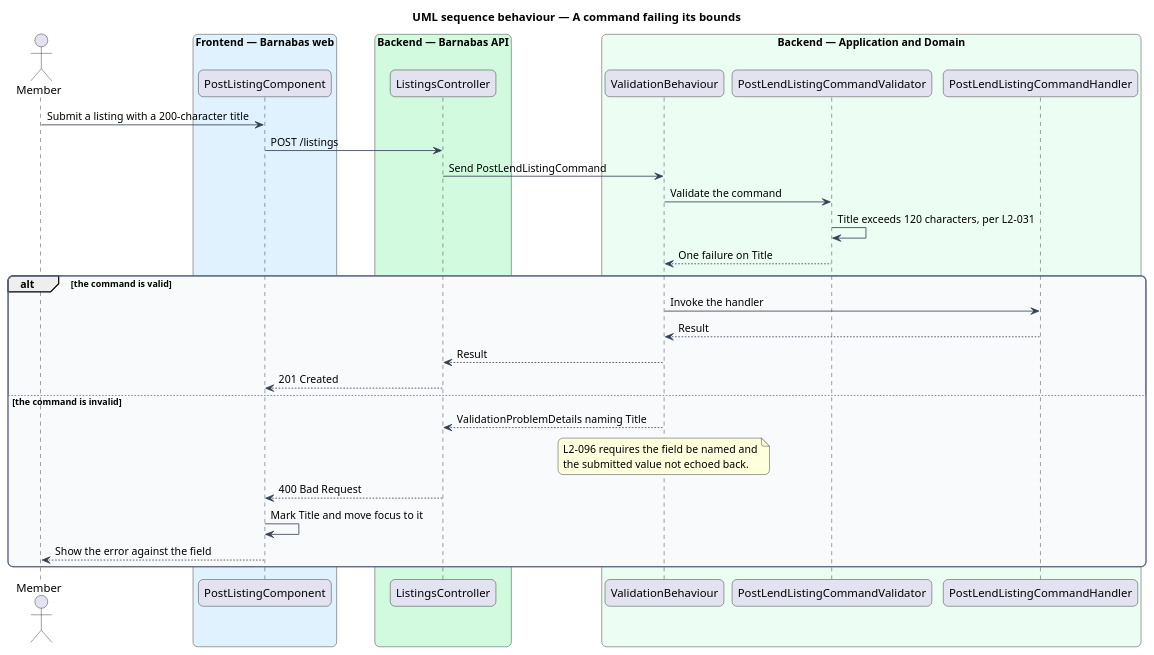
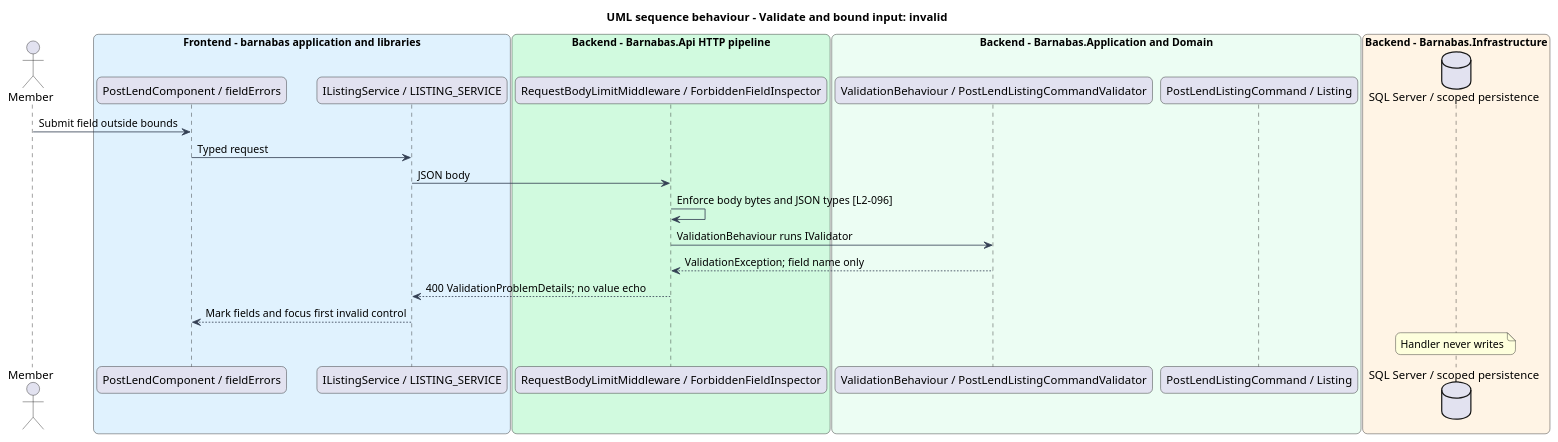
Before and after one commit to QuinntyneBrown/Barnabas: the diagram in docs/detailed-designs/platform/validate-and-bound-input/diagrams/sequence-invalid.puml, drawn with PlantUML. The commit also changed 511 other files, not shown here.

```diff
--- a/docs/detailed-designs/platform/validate-and-bound-input/diagrams/sequence-invalid.puml
+++ b/docs/detailed-designs/platform/validate-and-bound-input/diagrams/sequence-invalid.puml
@@ -1,48 +1,41 @@
 @startuml
-title UML sequence behaviour — A command failing its bounds
+title UML sequence behaviour - Validate and bound input: invalid
 skinparam backgroundColor #FFFFFF
 skinparam shadowing false
 skinparam roundcorner 12
 skinparam defaultFontName Arial
 skinparam ArrowColor #344054
 skinparam rectangle {
   BorderColor #344054
   FontColor #101828
 }
 skinparam package {
   BorderColor #667085
   FontColor #101828
   BackgroundColor #F9FAFB
 }
 actor "Member" as actor
-box "Frontend — Barnabas web" #E0F2FE
-  participant "PostListingComponent" as page
+box "Frontend - barnabas application and libraries" #E0F2FE
+  participant "PostLendComponent / fieldErrors" as page
+  participant "IListingService / LISTING_SERVICE" as client
 end box
-box "Backend — Barnabas API" #D1FADF
-  participant "ListingsController" as controller
+box "Backend - Barnabas.Api HTTP pipeline" #D1FADF
+  participant "RequestBodyLimitMiddleware / ForbiddenFieldInspector" as api
 end box
-box "Backend — Application and Domain" #ECFDF3
-  participant "ValidationBehaviour" as behaviour
-  participant "PostLendListingCommandValidator" as validator
-  participant "PostLendListingCommandHandler" as handler
+box "Backend - Barnabas.Application and Domain" #ECFDF3
+  participant "ValidationBehaviour / PostLendListingCommandValidator" as handler
+  participant "PostLendListingCommand / Listing" as entity
 end box
-
-actor -> page : Submit a listing with a 200-character title
-page -> controller : POST /listings
-controller -> behaviour : Send PostLendListingCommand
-behaviour -> validator : Validate the command
-validator -> validator : Title exceeds 120 characters, per L2-031
-validator --> behaviour : One failure on Title
-alt the command is valid
-  behaviour -> handler : Invoke the handler
-  handler --> behaviour : Result
-  behaviour --> controller : Result
-  controller --> page : 201 Created
-else the command is invalid
-  behaviour --> controller : ValidationProblemDetails naming Title
-  note over behaviour : L2-096 requires the field be named and\nthe submitted value not echoed back.
-  controller --> page : 400 Bad Request
-  page -> page : Mark Title and move focus to it
-  page --> actor : Show the error against the field
-end
+box "Backend - Barnabas.Infrastructure" #FFF4E5
+  database "SQL Server / scoped persistence" as db
+end box
+actor -> page : Submit field outside bounds
+page -> client : Typed request
+client -> api : JSON body
+api -> api : Enforce body bytes and JSON types [L2-096]
+api -> handler : ValidationBehaviour runs IValidator
+handler --> api : ValidationException; field name only
+api --> client : 400 ValidationProblemDetails; no value echo
+client --> page : Mark fields and focus first invalid control
+note over db : Handler never writes
 @enduml
```
